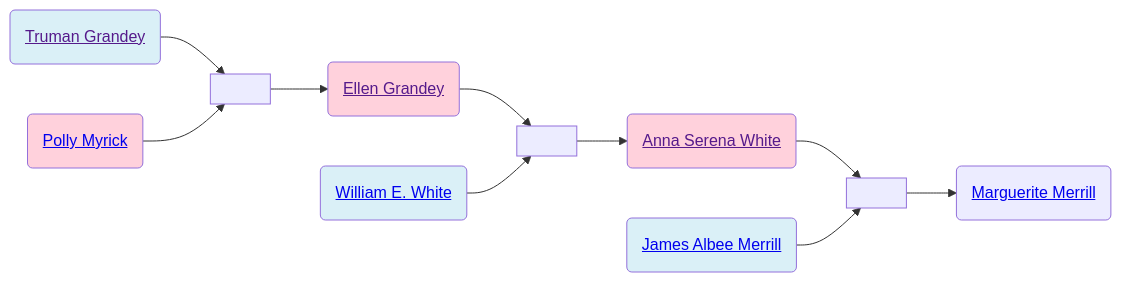
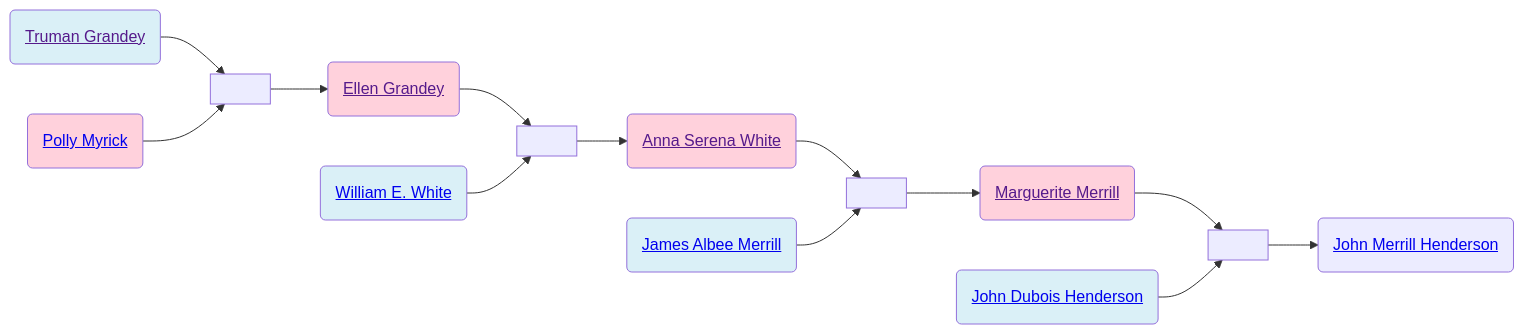
One commit to neelsmith/avocational changed the diagram in familyhistory/sources/people/Merrill-line/Grandey-line/Truman_Grandey.qmd. Above: the diagram before and after it, drawn with Mermaid. The commit also changed 79 other files, not shown here.

````diff
--- a/familyhistory/sources/people/Merrill-line/Grandey-line/Truman_Grandey.qmd
+++ b/familyhistory/sources/people/Merrill-line/Grandey-line/Truman_Grandey.qmd
@@ -26,26 +26,32 @@
 ```{mermaid}
 graph LR
 %% LR descendant diagram
 class Truman_Grandey_and_Polly_Myrick marriage
 Truman_Grandey(<a href=''>Truman Grandey</>) --> Truman_Grandey_and_Polly_Myrick[ ]
 Polly_Myrick(<a href='./../White-line/Grandey/Polly_Myrick.html'>Polly Myrick</>) --> Truman_Grandey_and_Polly_Myrick(( ))
 class Truman_Grandey father
 class Polly_Myrick mother
 Truman_Grandey_and_Polly_Myrick[ ] --> Ellen_Grandey(<a href='./Ellen_Grandey.html'>Ellen Grandey</>)
 class Ellen_Grandey_and_William_E._White marriage
 Ellen_Grandey(<a href=''>Ellen Grandey</>) --> Ellen_Grandey_and_William_E._White[ ]
 William_E._White(<a href='./../White-line/William_E._White.html'>William E. White</>) --> Ellen_Grandey_and_William_E._White(( ))
 class William_E._White father
 class Ellen_Grandey mother
 Ellen_Grandey_and_William_E._White[ ] --> Anna_Serena_White(<a href='./../White-line/Anna_Serena_White.html'>Anna Serena White</>)
 class Anna_Serena_White_and_James_Albee_Merrill marriage
 Anna_Serena_White(<a href=''>Anna Serena White</>) --> Anna_Serena_White_and_James_Albee_Merrill[ ]
 James_Albee_Merrill(<a href='./../James_Albee_Merrill.html'>James Albee Merrill</>) --> Anna_Serena_White_and_James_Albee_Merrill(( ))
 class James_Albee_Merrill father
 class Anna_Serena_White mother
 Anna_Serena_White_and_James_Albee_Merrill[ ] --> Marguerite_Merrill(<a href='./../Marguerite_Merrill.html'>Marguerite Merrill</>)
+class Marguerite_Merrill_and_John_Dubois_Henderson marriage
+Marguerite_Merrill(<a href=''>Marguerite Merrill</>) --> Marguerite_Merrill_and_John_Dubois_Henderson[ ]
+John_Dubois_Henderson(<a href='./../Henderson-line/John_Dubois_Henderson.html'>John Dubois Henderson</>) --> Marguerite_Merrill_and_John_Dubois_Henderson(( ))
+class John_Dubois_Henderson father
+class Marguerite_Merrill mother
+Marguerite_Merrill_and_John_Dubois_Henderson[ ] --> John_Merrill_Henderson(<a href='./../Henderson-line/John_Merrill_Henderson.html'>John Merrill Henderson</>)
 classDef mother fill:#ffd1dc
 classDef father fill:#daf0f7  
 classDef marriage fill:#ffffff
 
 ```
````
